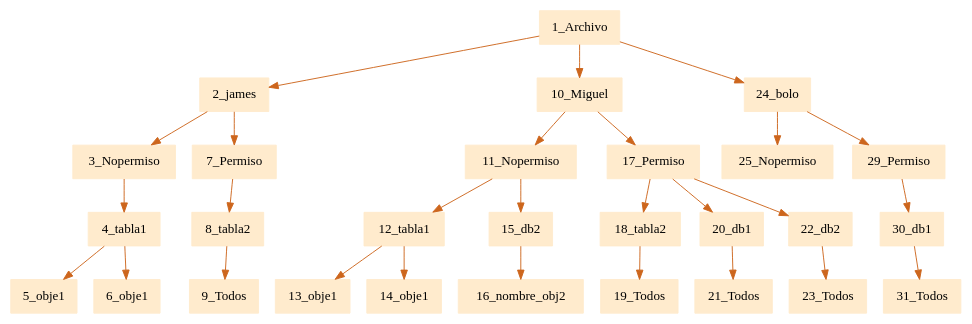
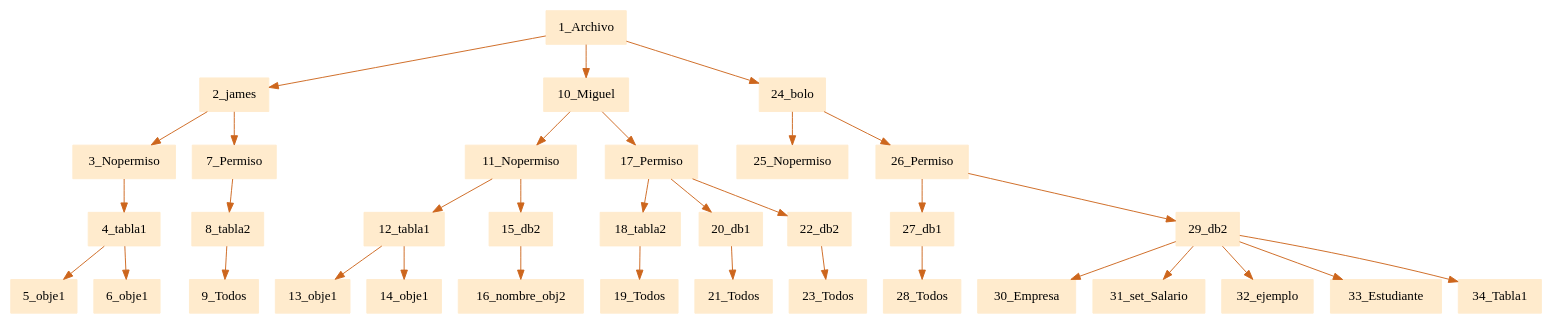
Before and after one commit to JamesMelgar/compi2javaccpr1: the diagram in pr1Compilarodores2/usu.dot, drawn with Graphviz. The commit also changed 29 other files, not shown here.

```diff
--- a/pr1Compilarodores2/usu.dot
+++ b/pr1Compilarodores2/usu.dot
@@ -1,5 +1,5 @@
 digraph G {node[shape=box, style=filled, color=blanchedalmond]; edge[color=chocolate3];rankdir=UD 
 
-"1_Archivo"->"2_james""2_james"->"3_Nopermiso""3_Nopermiso"->"4_tabla1""4_tabla1"->"5_obje1""4_tabla1"->"6_obje1""2_james"->"7_Permiso""7_Permiso"->"8_tabla2""8_tabla2"->"9_Todos""1_Archivo"->"10_Miguel""10_Miguel"->"11_Nopermiso""11_Nopermiso"->"12_tabla1""12_tabla1"->"13_obje1""12_tabla1"->"14_obje1""11_Nopermiso"->"15_db2""15_db2"->"16_nombre_obj2""10_Miguel"->"17_Permiso""17_Permiso"->"18_tabla2""18_tabla2"->"19_Todos""17_Permiso"->"20_db1""20_db1"->"21_Todos""17_Permiso"->"22_db2""22_db2"->"23_Todos""1_Archivo"->"24_bolo""24_bolo"->"25_Nopermiso""24_bolo"->"29_Permiso""29_Permiso"->"30_db1""30_db1"->"31_Todos"
+"1_Archivo"->"2_james""2_james"->"3_Nopermiso""3_Nopermiso"->"4_tabla1""4_tabla1"->"5_obje1""4_tabla1"->"6_obje1""2_james"->"7_Permiso""7_Permiso"->"8_tabla2""8_tabla2"->"9_Todos""1_Archivo"->"10_Miguel""10_Miguel"->"11_Nopermiso""11_Nopermiso"->"12_tabla1""12_tabla1"->"13_obje1""12_tabla1"->"14_obje1""11_Nopermiso"->"15_db2""15_db2"->"16_nombre_obj2""10_Miguel"->"17_Permiso""17_Permiso"->"18_tabla2""18_tabla2"->"19_Todos""17_Permiso"->"20_db1""20_db1"->"21_Todos""17_Permiso"->"22_db2""22_db2"->"23_Todos""1_Archivo"->"24_bolo""24_bolo"->"25_Nopermiso""24_bolo"->"26_Permiso""26_Permiso"->"27_db1""27_db1"->"28_Todos""26_Permiso"->"29_db2""29_db2"->"30_Empresa""29_db2"->"31_set_Salario""29_db2"->"32_ejemplo""29_db2"->"33_Estudiante""29_db2"->"34_Tabla1"
 
 }
```
